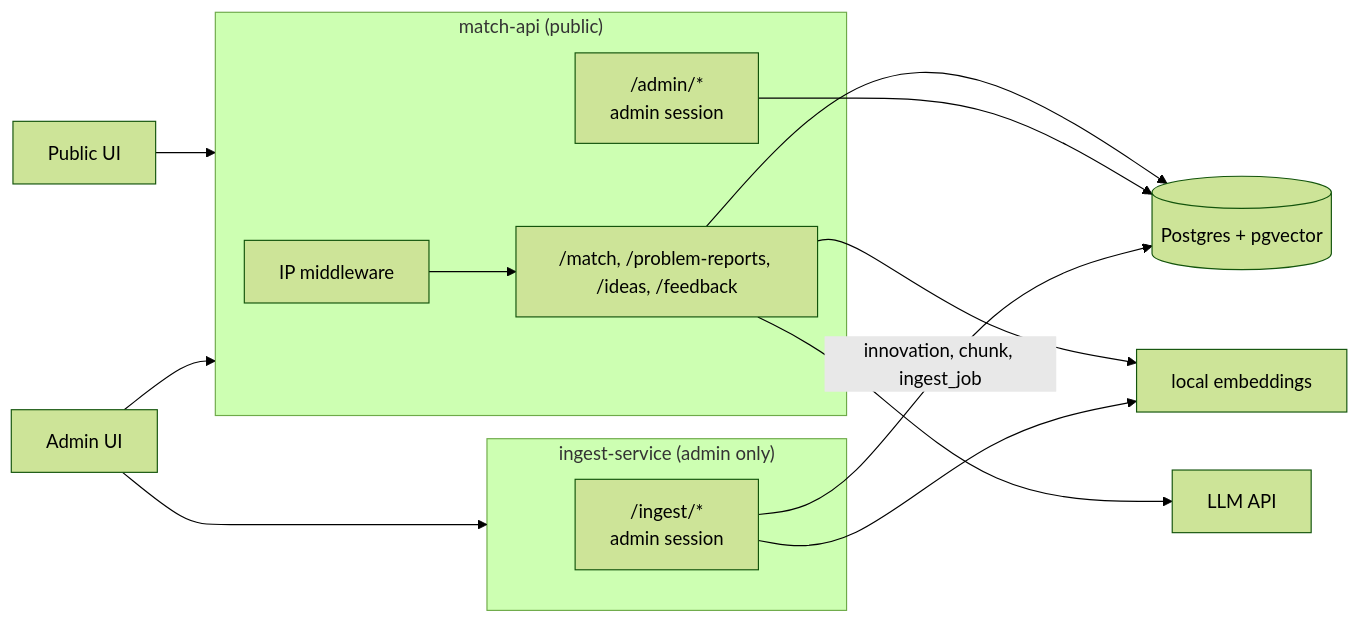
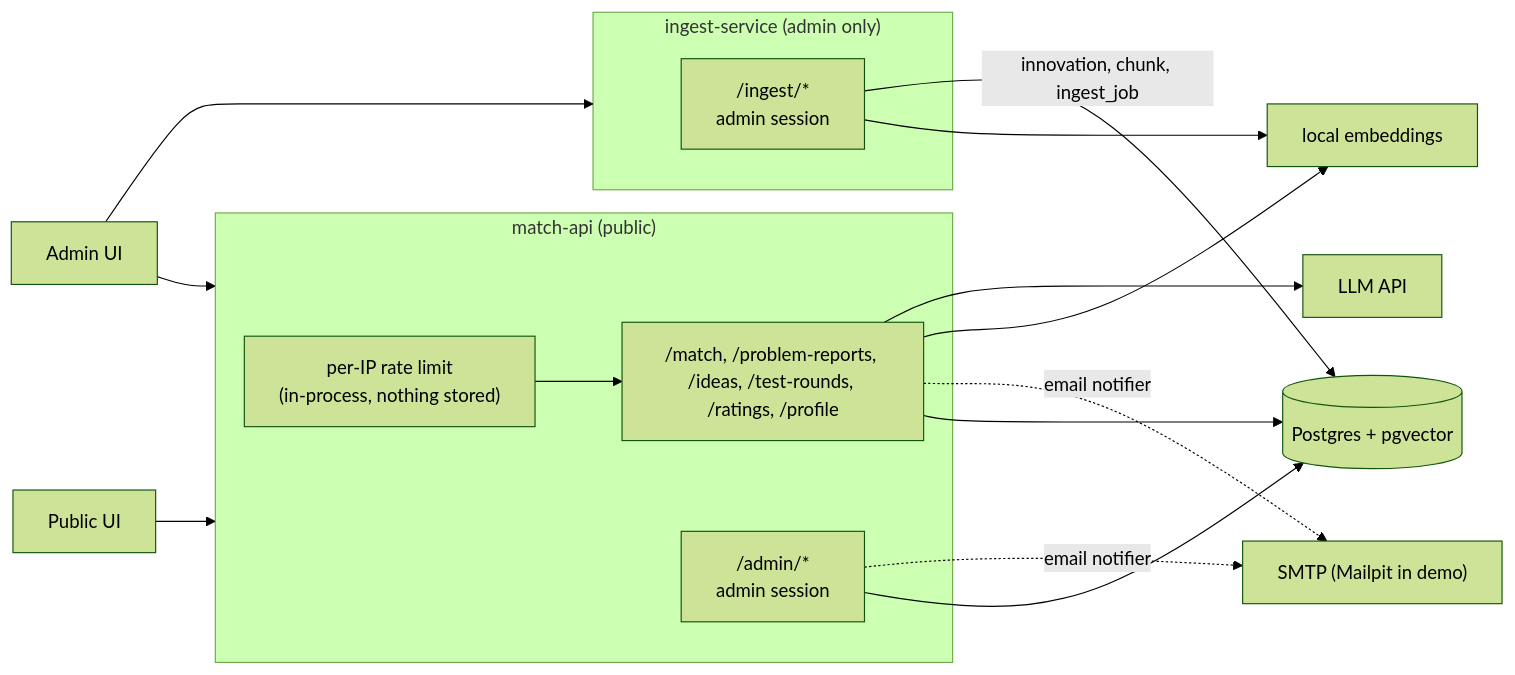
One commit to DziadBud/HackYeah2026 changed the first of 4 diagrams in documentation/backend/architecture.md. Above: the diagram before and after it, drawn with Mermaid (forest theme). The commit also changed other lines of this file and 5 other files, not shown here.

````diff
--- a/documentation/backend/architecture.md
+++ b/documentation/backend/architecture.md
@@ -13,26 +13,28 @@
 ```mermaid
 flowchart LR
     PUI[Public UI] --> API
     AUI[Admin UI] --> API
     AUI --> ING
 
     subgraph API["match-api (public)"]
-        IPM[IP middleware]
-        PUB["/match, /problem-reports, /ideas, /feedback"]
+        RL["per-IP rate limit<br/>(in-process, nothing stored)"]
+        PUB["/match, /problem-reports, /ideas, /test-rounds, /ratings, /profile"]
         ADM["/admin/*<br/>admin session"]
     end
 
     subgraph ING["ingest-service (admin only)"]
         IMP["/ingest/*<br/>admin session"]
     end
 
     DB[("Postgres + pgvector")]
     LLM[LLM API]
     EMB[local embeddings]
+    SMTP["SMTP (Mailpit in demo)"]
 
-    IPM --> PUB
+    RL --> PUB
     PUB & ADM --> DB
+    PUB & ADM -. "email notifier" .-> SMTP
     PUB --> EMB & LLM
     IMP --> EMB
     IMP -- "innovation, chunk, ingest_job" --> DB
 ```
````
